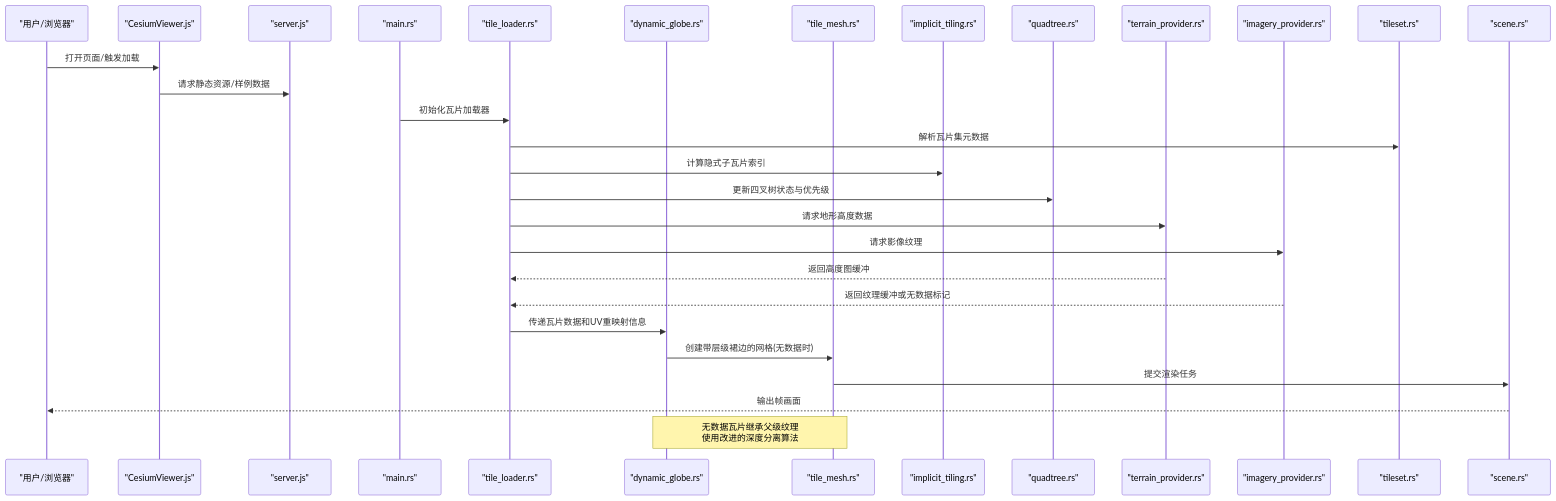
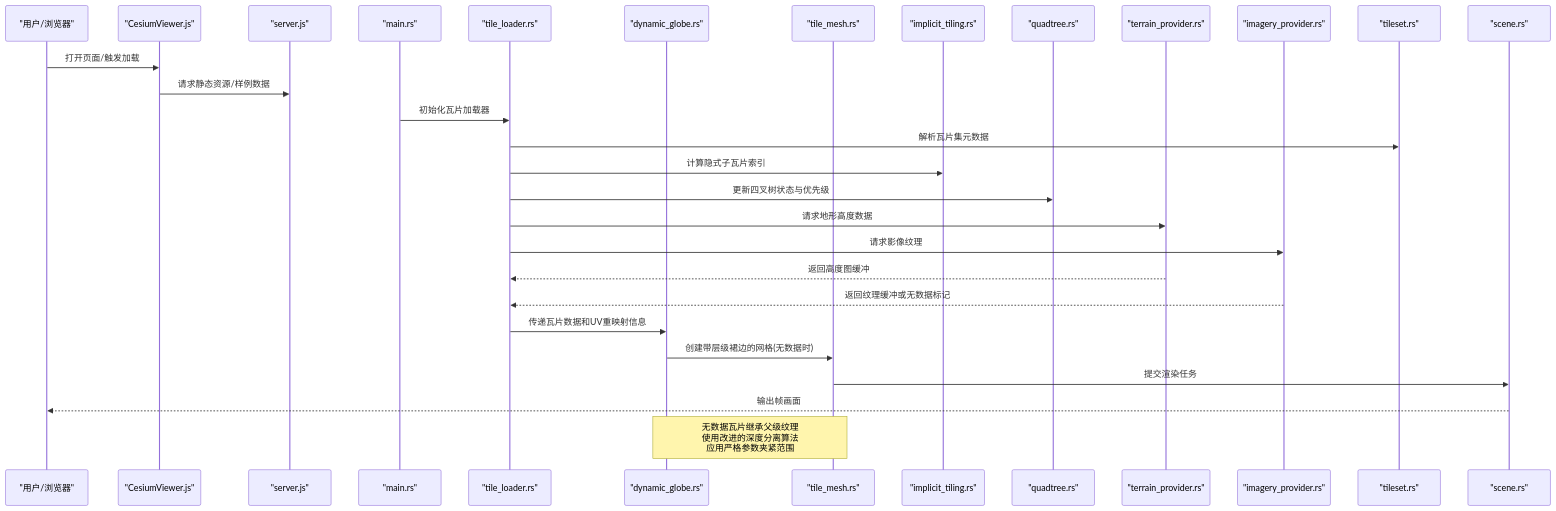
The second of 8 diagrams in .qoder/repowiki/zh/content/项目概述/核心特性/3D数据格式支持/3D Tiles标准支持/瓦片网格生成.md (rzhangjing/cesium), drawn with Mermaid before and after one commit. The commit also changed other lines of this file and 9 other files, not shown here.

````diff
--- a/.qoder/repowiki/zh/content/项目概述/核心特性/3D数据格式支持/3D Tiles标准支持/瓦片网格生成.md
+++ b/.qoder/repowiki/zh/content/项目概述/核心特性/3D数据格式支持/3D Tiles标准支持/瓦片网格生成.md
@@ -129,31 +130,31 @@
 ```mermaid
 sequenceDiagram
 participant U as "用户/浏览器"
 participant V as "CesiumViewer.js"
 participant S as "server.js"
 participant M as "main.rs"
 participant TL as "tile_loader.rs"
 participant DG as "dynamic_globe.rs"
 participant TM as "tile_mesh.rs"
 participant IT as "implicit_tiling.rs"
 participant QT as "quadtree.rs"
 participant TP as "terrain_provider.rs"
 participant IP as "imagery_provider.rs"
 participant TS as "tileset.rs"
 participant SC as "scene.rs"
 U->>V : 打开页面/触发加载
 V->>S : 请求静态资源/样例数据
 M->>TL : 初始化瓦片加载器
 TL->>TS : 解析瓦片集元数据
 TL->>IT : 计算隐式子瓦片索引
 TL->>QT : 更新四叉树状态与优先级
 TL->>TP : 请求地形高度数据
 TL->>IP : 请求影像纹理
 TP-->>TL : 返回高度图缓冲
 IP-->>TL : 返回纹理缓冲或无数据标记
 TL->>DG : 传递瓦片数据和UV重映射信息
 DG->>TM : 创建带层级裙边的网格(无数据时)
 TM->>SC : 提交渲染任务
 SC-->>U : 输出帧画面
-Note over DG,TM : 无数据瓦片继承父级纹理<br/>使用改进的深度分离算法
+Note over DG,TM : 无数据瓦片继承父级纹理<br/>使用改进的深度分离算法<br/>应用严格参数夹紧范围
 ```
````
